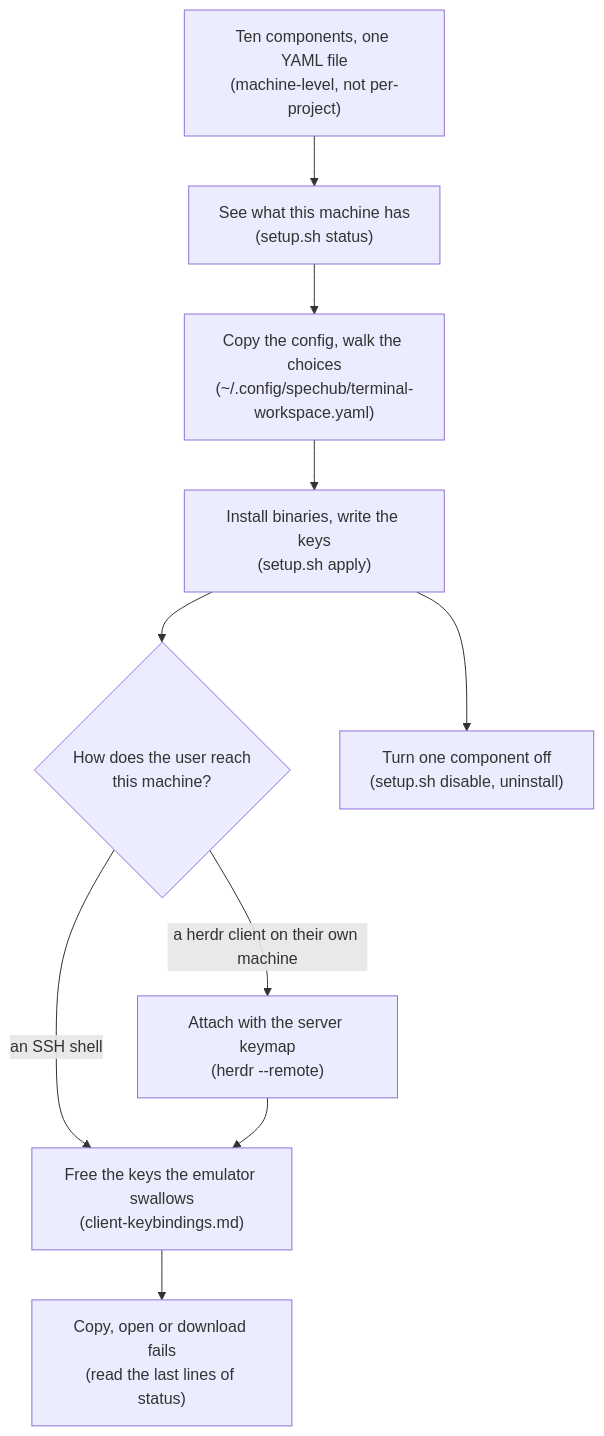
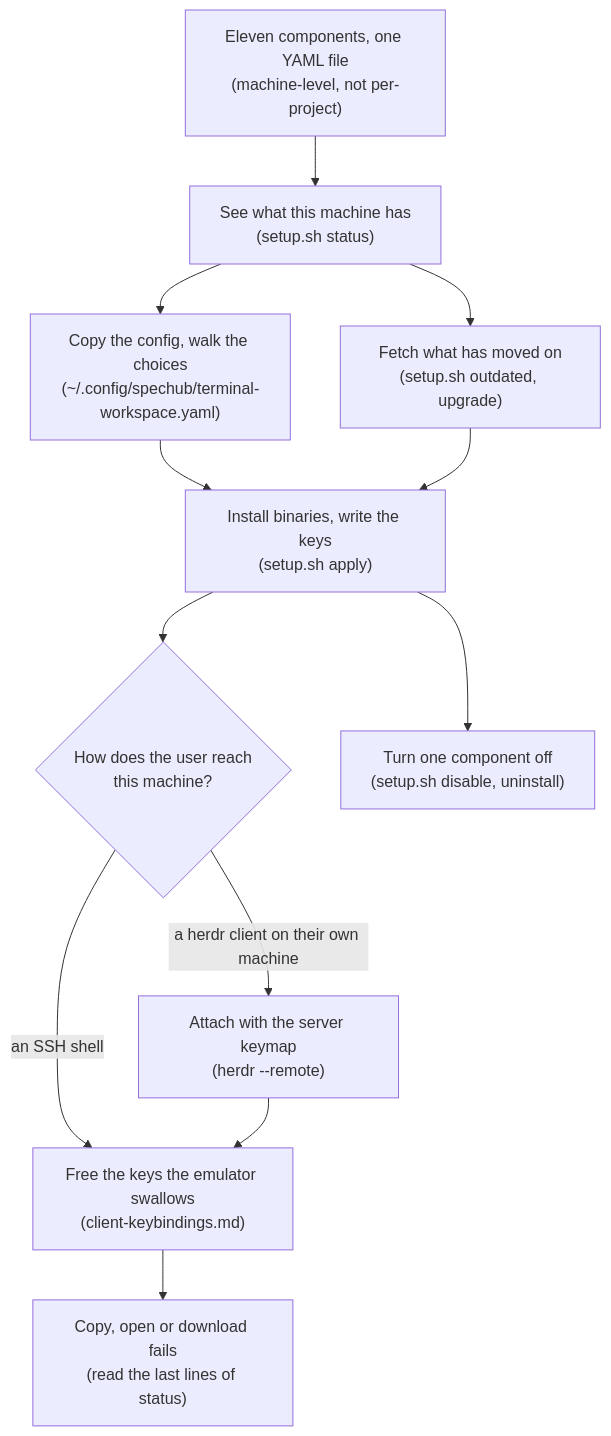
Before and after one commit to ac8318740/spechub: the diagram in skills/terminal-workspace/SKILL.md, drawn with Mermaid. The commit also changed other lines of this file and 11 other files, not shown here.

````diff
--- a/skills/terminal-workspace/SKILL.md
+++ b/skills/terminal-workspace/SKILL.md
@@ -27,12 +27,14 @@
 ```mermaid
 flowchart TD
-    IN["Ten components, one YAML file<br/>(machine-level, not per-project)"] --> ST["See what this machine has<br/>(setup.sh status)"]
+    IN["Eleven components, one YAML file<br/>(machine-level, not per-project)"] --> ST["See what this machine has<br/>(setup.sh status)"]
     ST --> CF["Copy the config, walk the choices<br/>(~/.config/spechub/terminal-workspace.yaml)"]
     CF --> AP["Install binaries, write the keys<br/>(setup.sh apply)"]
     AP --> Q{"How does the user reach<br/>this machine?"}
     Q -->|"an SSH shell"| KB["Free the keys the emulator swallows<br/>(client-keybindings.md)"]
     Q -->|"a herdr client on their own machine"| RM["Attach with the server keymap<br/>(herdr --remote)"]
     RM --> KB
     KB --> FB["Copy, open or download fails<br/>(read the last lines of status)"]
     AP --> OFF["Turn one component off<br/>(setup.sh disable, uninstall)"]
+    ST --> UP["Fetch what has moved on<br/>(setup.sh outdated, upgrade)"]
+    UP --> AP
 ```
````
